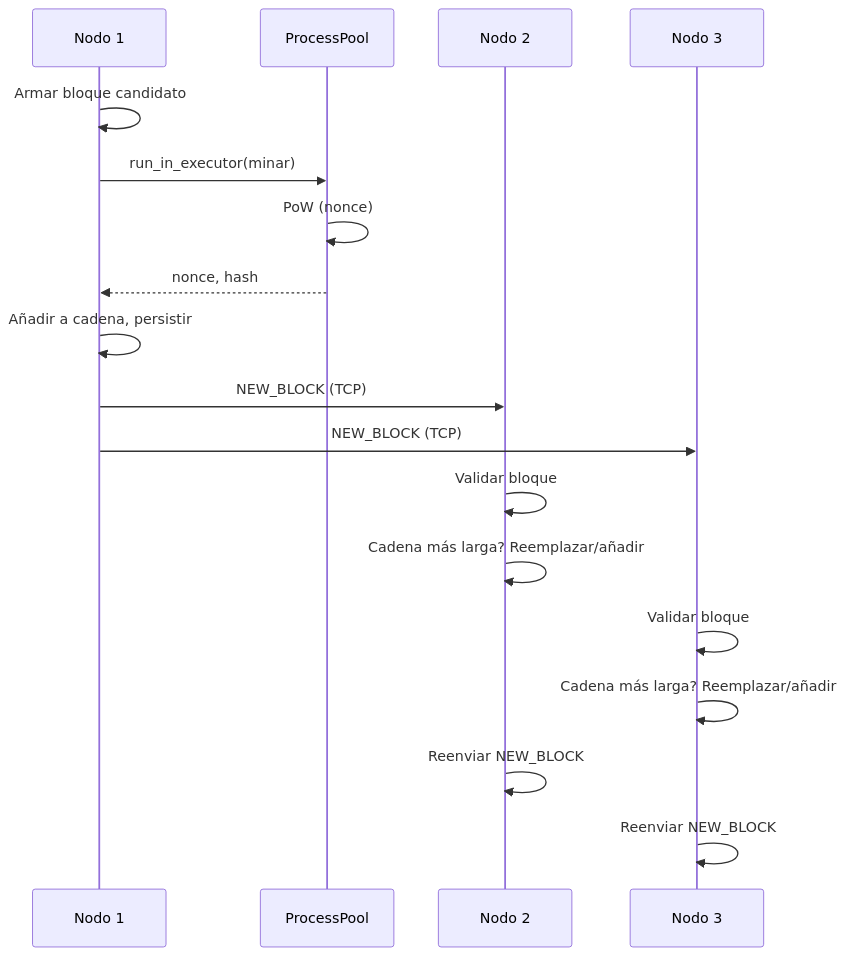
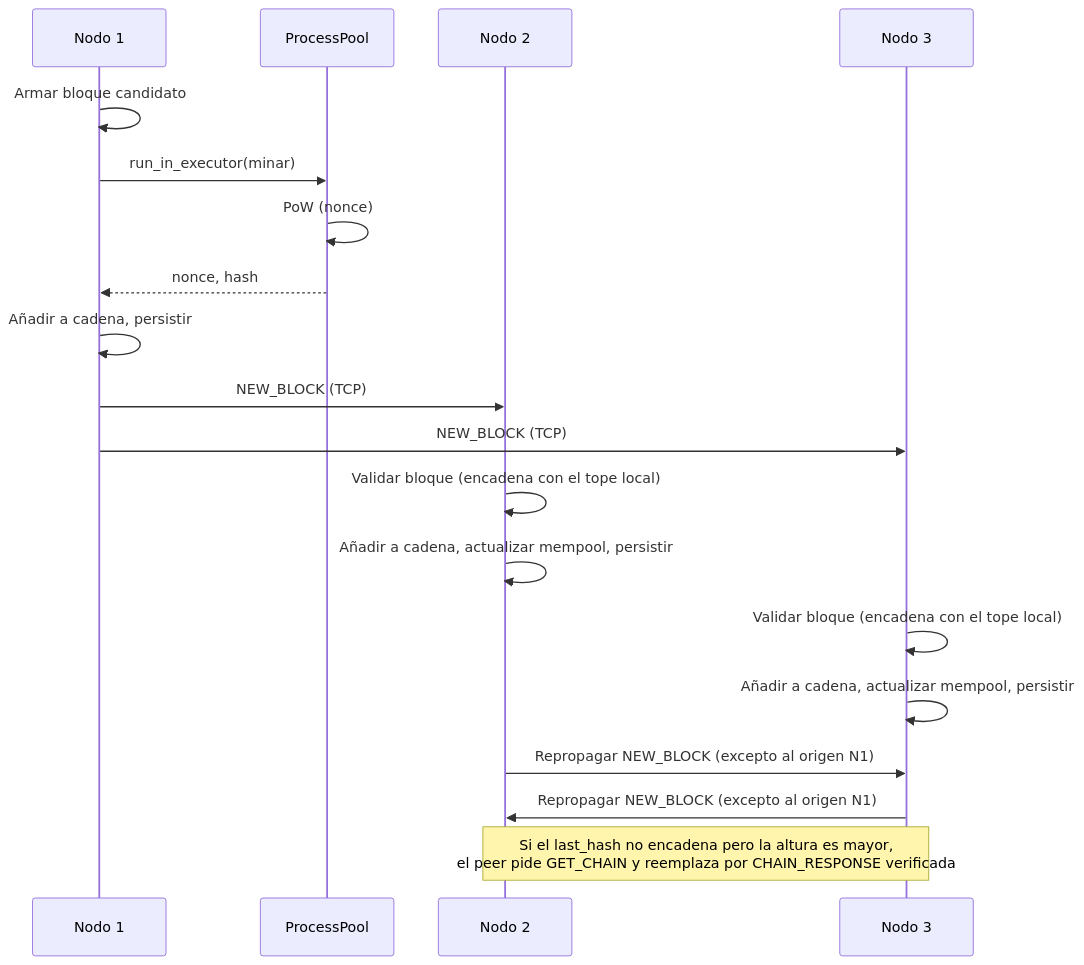
The diagram in diagramas/secuencia/secuencia-bloque.mmd (Ignacio687/final_computacion_II), drawn with Mermaid before and after one commit. The commit also changed 61 other files, not shown here.

```diff
--- a/diagramas/secuencia/secuencia-bloque.mmd
+++ b/diagramas/secuencia/secuencia-bloque.mmd
@@ -1,18 +1,19 @@
 sequenceDiagram
   participant N1 as Nodo 1
   participant Pool as ProcessPool
   participant N2 as Nodo 2
   participant N3 as Nodo 3
   N1->>N1: Armar bloque candidato
   N1->>Pool: run_in_executor(minar)
   Pool->>Pool: PoW (nonce)
   Pool-->>N1: nonce, hash
   N1->>N1: Añadir a cadena, persistir
   N1->>N2: NEW_BLOCK (TCP)
   N1->>N3: NEW_BLOCK (TCP)
-  N2->>N2: Validar bloque
-  N2->>N2: Cadena más larga? Reemplazar/añadir
-  N3->>N3: Validar bloque
-  N3->>N3: Cadena más larga? Reemplazar/añadir
-  N2->>N2: Reenviar NEW_BLOCK
-  N3->>N3: Reenviar NEW_BLOCK
+  N2->>N2: Validar bloque (encadena con el tope local)
+  N2->>N2: Añadir a cadena, actualizar mempool, persistir
+  N3->>N3: Validar bloque (encadena con el tope local)
+  N3->>N3: Añadir a cadena, actualizar mempool, persistir
+  N2->>N3: Repropagar NEW_BLOCK (excepto al origen N1)
+  N3->>N2: Repropagar NEW_BLOCK (excepto al origen N1)
+  Note over N2,N3: Si el last_hash no encadena pero la altura es mayor,<br/>el peer pide GET_CHAIN y reemplaza por CHAIN_RESPONSE verificada
```
